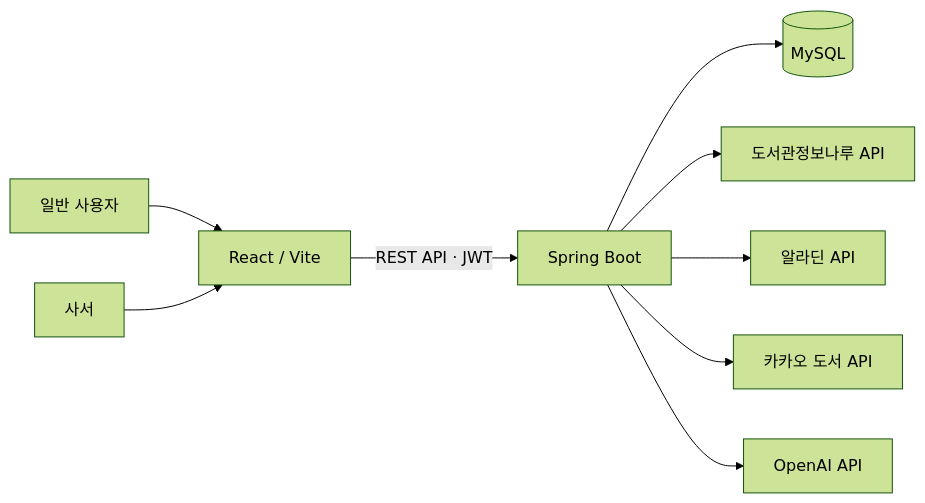
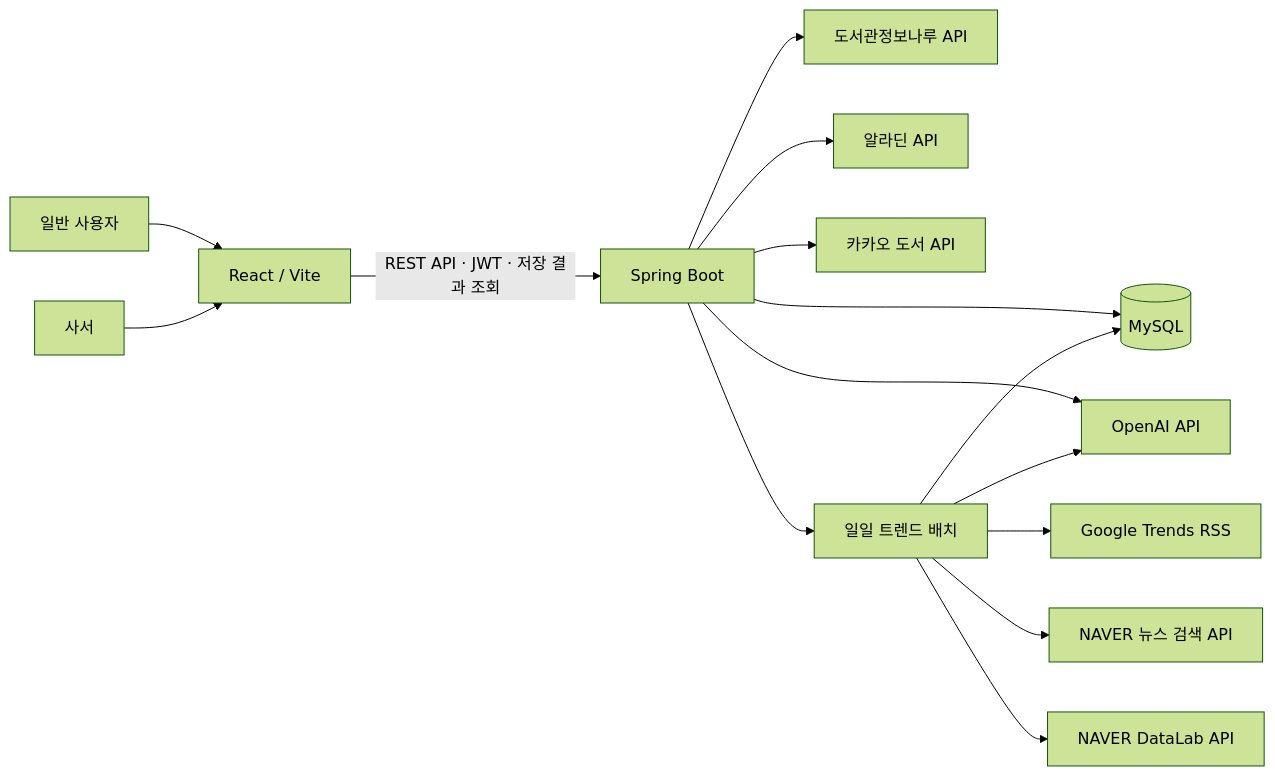
Before and after one commit to 2026-PNU-AI-StudyGroup/2026-pnuai-studygroup-03: the second of 3 diagrams in docs/최종보고서.md, drawn with Mermaid (forest theme). The commit also changed other lines of this file and 2 other files, not shown here.

````diff
--- a/docs/최종보고서.md
+++ b/docs/최종보고서.md
@@ -115,11 +121,17 @@
 ```mermaid
 flowchart LR
   U["일반 사용자"] --> FE["React / Vite"]
   L["사서"] --> FE
-  FE -->|"REST API · JWT"| BE["Spring Boot"]
+  FE -->|"REST API · JWT · 저장 결과 조회"| BE["Spring Boot"]
   BE --> DB[("MySQL")]
   BE --> LIB["도서관정보나루 API"]
   BE --> AL["알라딘 API"]
   BE --> KA["카카오 도서 API"]
   BE --> AI["OpenAI API"]
+  BE --> TB["일일 트렌드 배치"]
+  TB --> GT["Google Trends RSS"]
+  TB --> NEWS["NAVER 뉴스 검색 API"]
+  TB --> DATALAB["NAVER DataLab API"]
+  TB --> AI
+  TB --> DB
 ```
````
